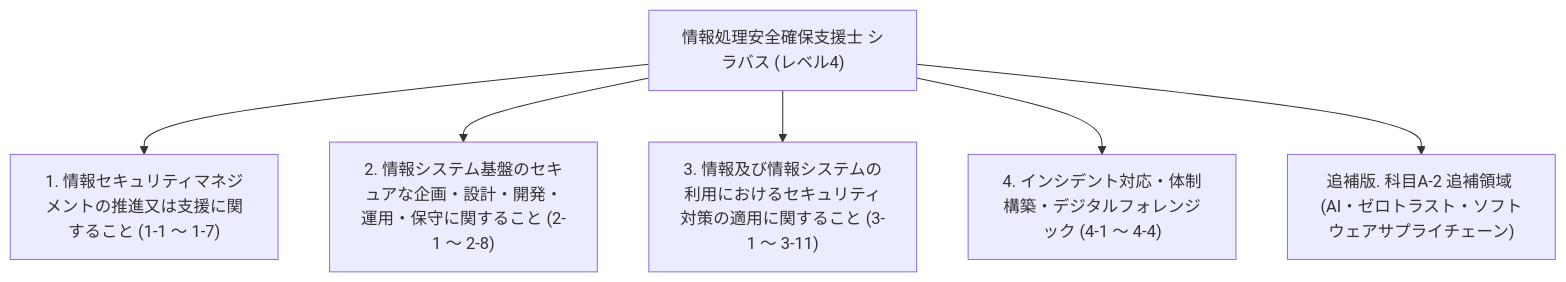
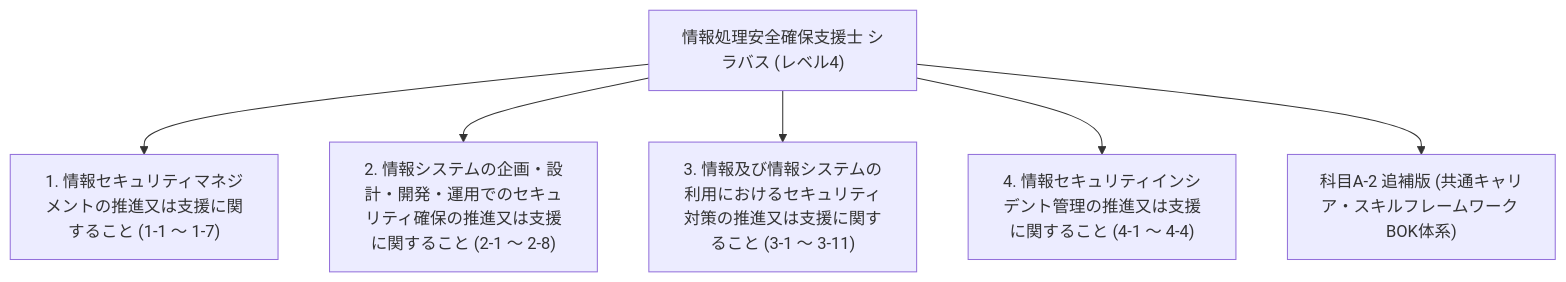
One commit to rokujyouhitoma/registered-Information-security-specialist-examination changed the diagram in docs/syllabus_detail.md. Above: the diagram before and after it, drawn with Mermaid. The commit also changed other lines of this file and 2 other files, not shown here.

````diff
--- a/docs/syllabus_detail.md
+++ b/docs/syllabus_detail.md
@@ -11,8 +11,8 @@
 ```mermaid
 graph TD
     A["情報処理安全確保支援士 シラバス (レベル4)"] --> B["1. 情報セキュリティマネジメントの推進又は支援に関すること (1-1 〜 1-7)"]
-    A --> C["2. 情報システム基盤のセキュアな企画・設計・開発・運用・保守に関すること (2-1 〜 2-8)"]
-    A --> D["3. 情報及び情報システムの利用におけるセキュリティ対策の適用に関すること (3-1 〜 3-11)"]
-    A --> E["4. インシデント対応・体制構築・デジタルフォレンジック (4-1 〜 4-4)"]
-    A --> F["追補版. 科目A-2 追補領域 (AI・ゼロトラスト・ソフトウェアサプライチェーン)"]
+    A --> C["2. 情報システムの企画・設計・開発・運用でのセキュリティ確保の推進又は支援に関すること (2-1 〜 2-8)"]
+    A --> D["3. 情報及び情報システムの利用におけるセキュリティ対策の推進又は支援に関すること (3-1 〜 3-11)"]
+    A --> E["4. 情報セキュリティインシデント管理の推進又は支援に関すること (4-1 〜 4-4)"]
+    A --> F["科目A-2 追補版 (共通キャリア・スキルフレームワーク BOK体系)"]
 ```
````
